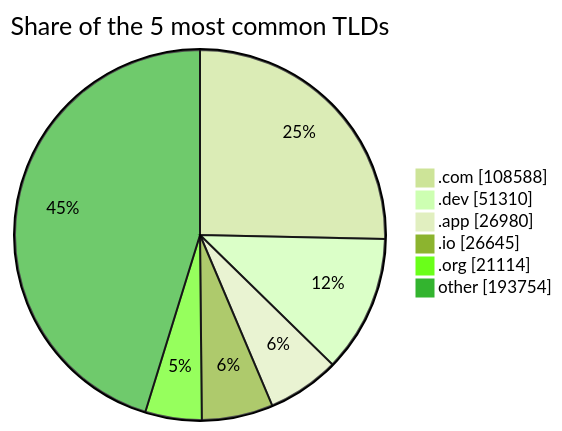
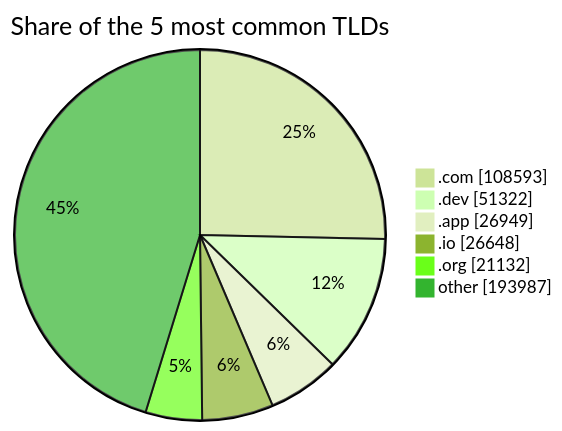
The third of 3 diagrams in README.md (DNSBunker/CTI), drawn with Mermaid (forest theme) before and after one commit. The commit also changed other lines of this file and 3 other files, not shown here.

````diff
--- a/README.md
+++ b/README.md
@@ -81,9 +81,9 @@
 ```mermaid
 pie showData title Share of the 5 most common TLDs
-    ".com" : 108588
-    ".dev" : 51310
-    ".app" : 26980
-    ".io" : 26645
-    ".org" : 21114
-    "other" : 193754
+    ".com" : 108593
+    ".dev" : 51322
+    ".app" : 26949
+    ".io" : 26648
+    ".org" : 21132
+    "other" : 193987
 ```
````
